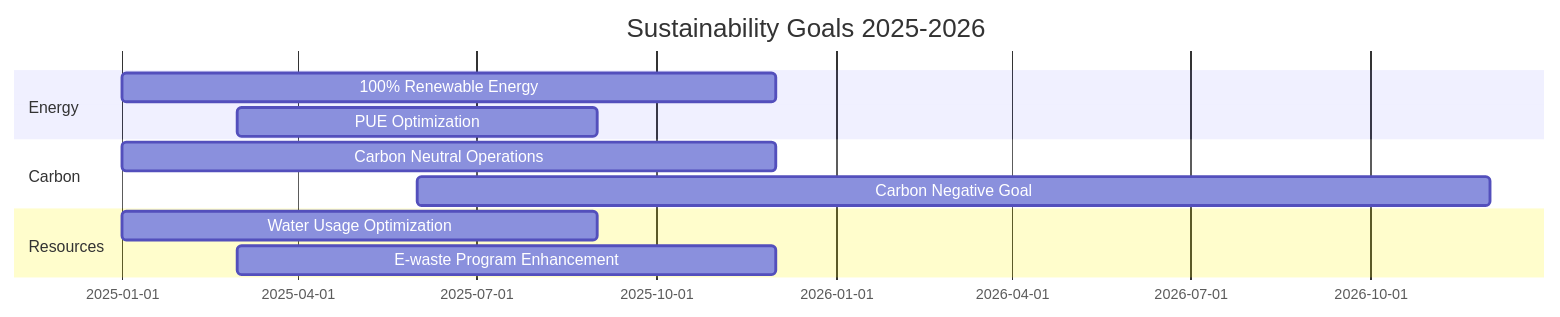
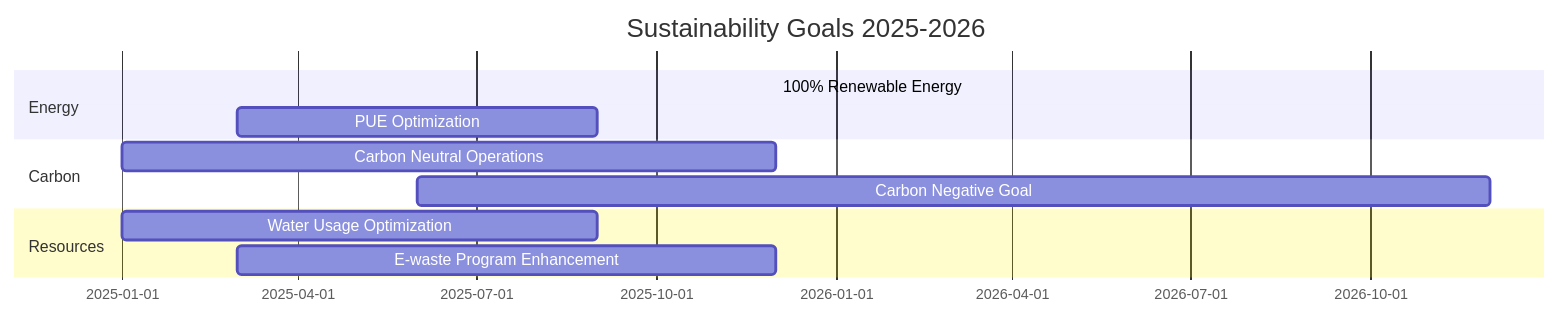
The third of 3 diagrams in docs/sustainability/index.md (Vortx-AI/synthetic-satellite), drawn with Mermaid before and after one commit.

````diff
--- a/docs/sustainability/index.md
+++ b/docs/sustainability/index.md
@@ -89,14 +89,14 @@
 ```mermaid
 gantt
     title Sustainability Goals 2025-2026
     dateFormat  YYYY-MM
     section Energy
-    100% Renewable Energy    :2025-01, 2025-12
+    100% Renewable Energy    :2026-01, 2025-12
     PUE Optimization        :2025-03, 2025-09
     section Carbon
     Carbon Neutral Operations :2025-01, 2025-12
     Carbon Negative Goal    :2025-06, 2026-12
     section Resources
     Water Usage Optimization :2025-01, 2025-09
     E-waste Program Enhancement :2025-03, 2025-12
 ```
````
